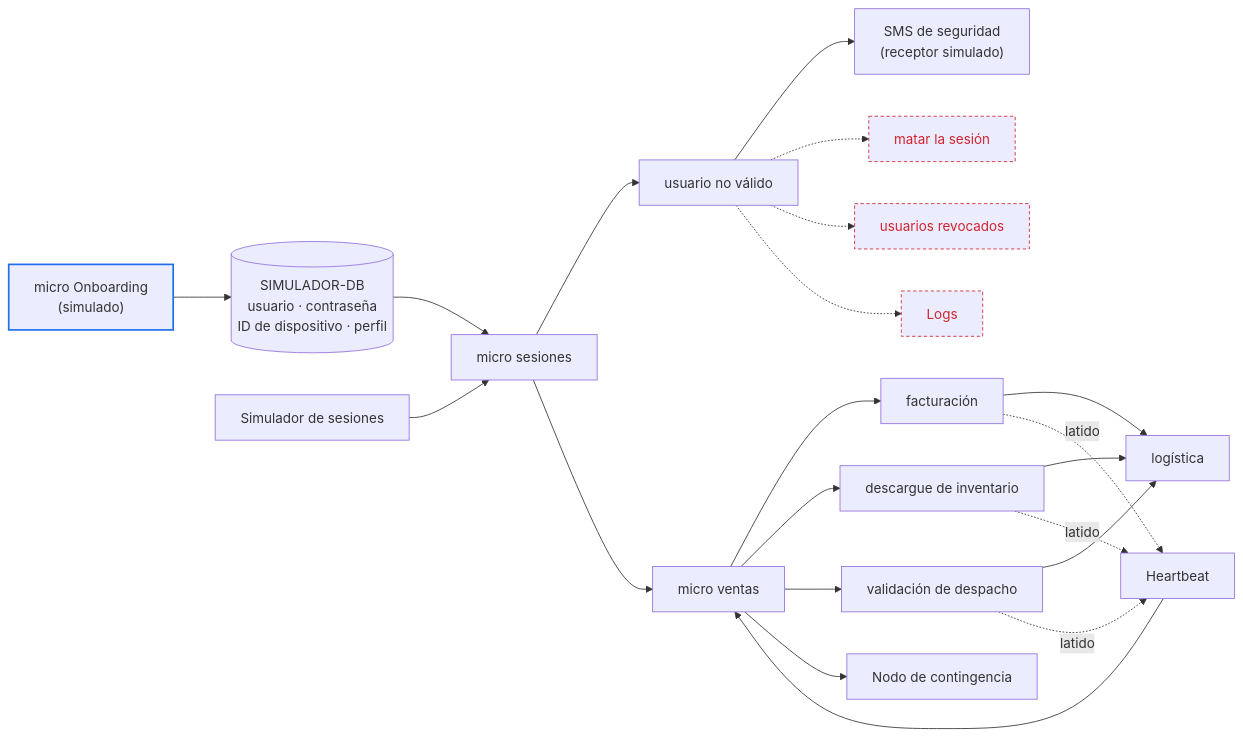
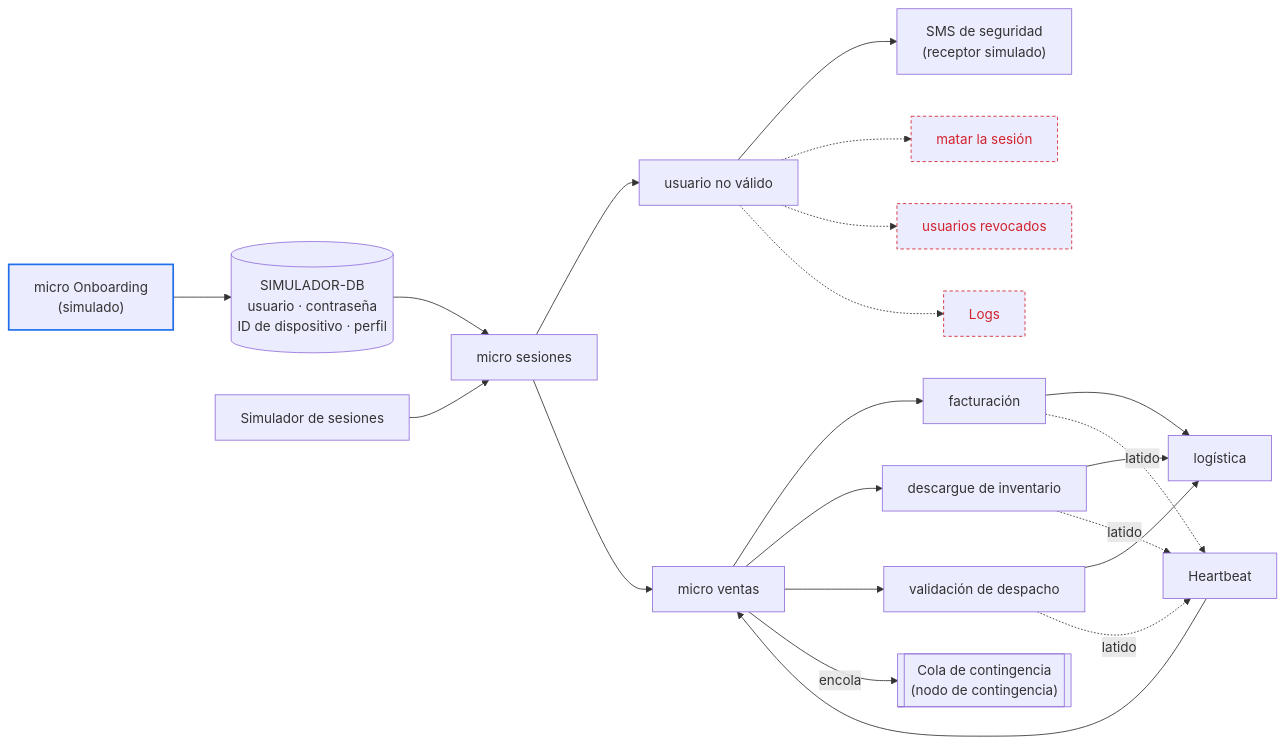
Before and after one commit to MATI-MBIT/arqsoft-reto-2: the diagram in docs/experiments.md, drawn with Mermaid. The commit also changed other lines of this file and 1 other file, not shown here.

````diff
--- a/docs/experiments.md
+++ b/docs/experiments.md
@@ -138,27 +151,27 @@
 ```mermaid
 flowchart LR
     ONB["micro Onboarding<br/>(simulado)"] --> DB[("SIMULADOR-DB<br/>usuario · contraseña<br/>ID de dispositivo · perfil")]
     SIM["Simulador de sesiones"] --> SES["micro sesiones"]
     DB --> SES
     SES --> UNV["usuario no válido"]
     UNV --> SMS["SMS de seguridad<br/>(receptor simulado)"]
     SES --> VEN["micro ventas"]
     VEN --> FAC["facturación"]
     VEN --> INV["descargue de inventario"]
     VEN --> DES["validación de despacho"]
     FAC --> LOG["logística"]
     INV --> LOG
     DES --> LOG
     FAC -. latido .-> HB["Heartbeat"]
     INV -. latido .-> HB
     DES -. latido .-> HB
     HB --> VEN
-    VEN --> NC["Nodo de contingencia"]
+    VEN -- encola --> NC[["Cola de contingencia<br/>(nodo de contingencia)"]]
     UNV -.-> KILL["matar la sesión"]
     UNV -.-> REV["usuarios revocados"]
     UNV -.-> LOGS["Logs"]
     classDef simulado stroke:#1f6feb,stroke-width:2px
     classDef fuera stroke:#d1242f,stroke-dasharray:4 3,color:#d1242f
     class ONB simulado
     class KILL,REV,LOGS fuera
 ```
````
